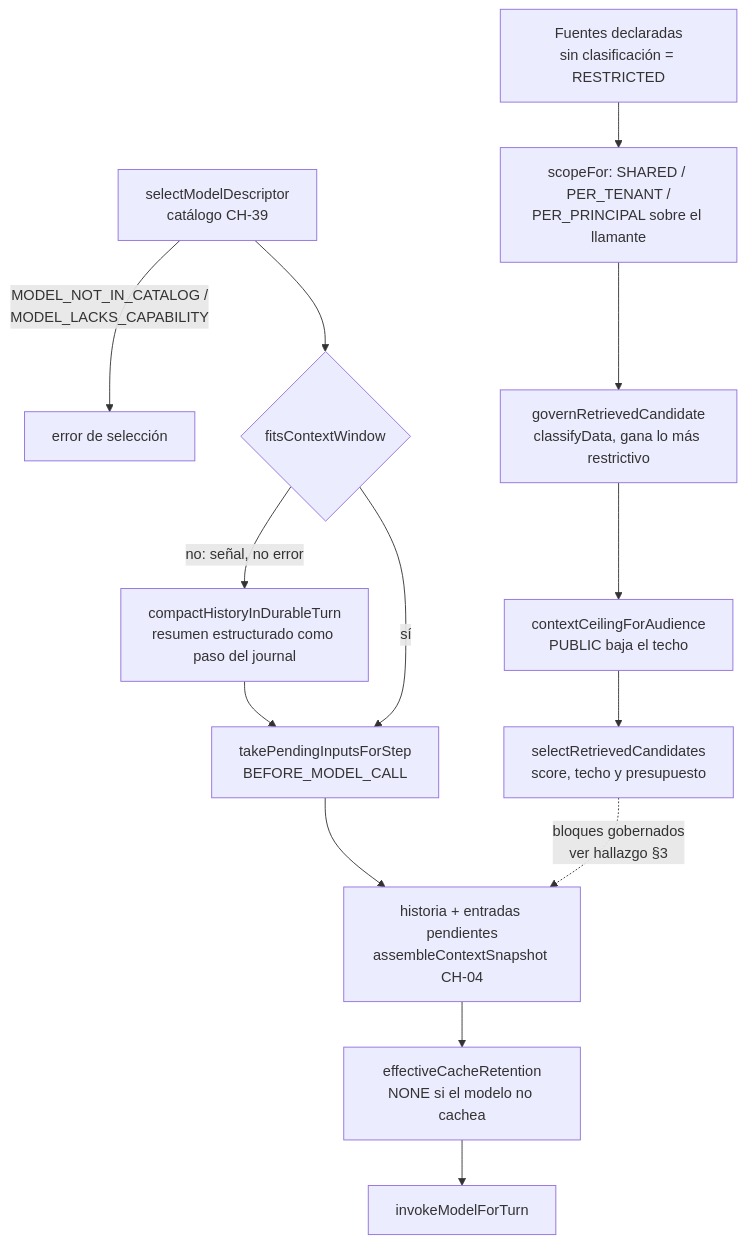
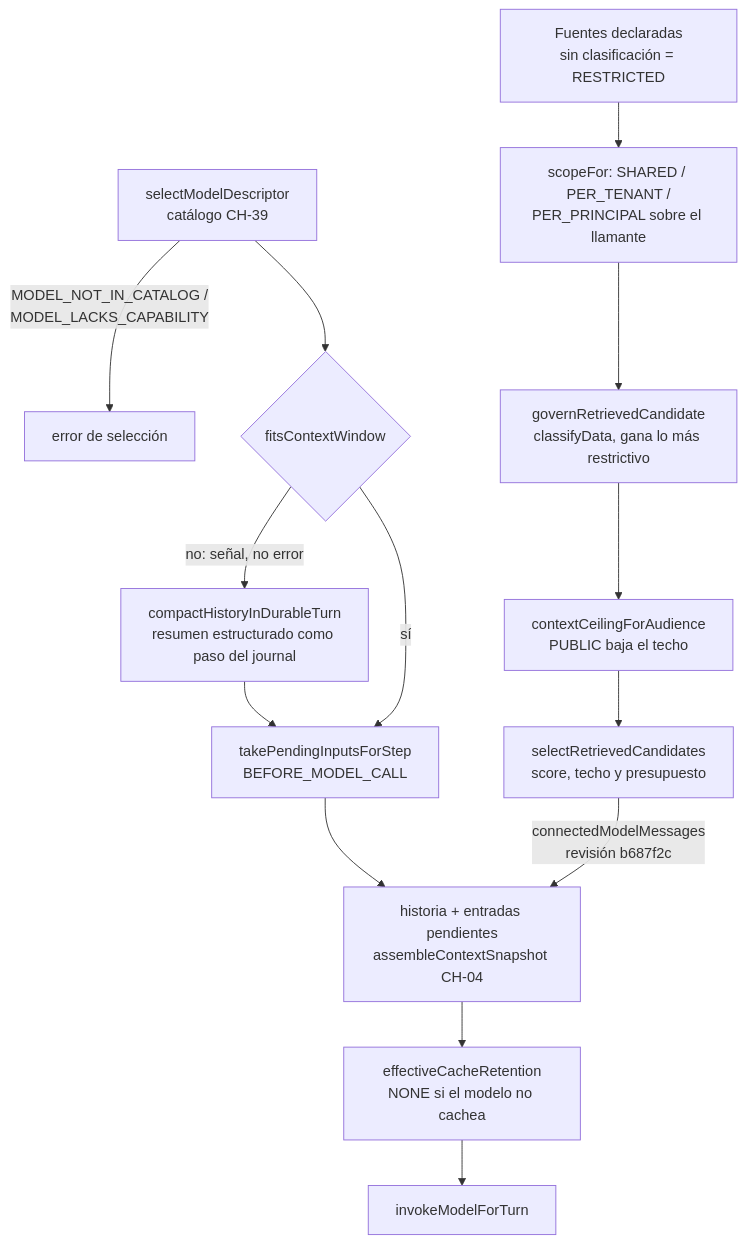
Before and after one commit to aaramirez/arnes-ai: the seventh of 8 diagrams in docs/diagramas/book-harness/BH-Arquitectura-y-Flujos.md, drawn with Mermaid. The commit also changed other lines of this file and 12 other files, not shown here.

````diff
--- a/docs/diagramas/book-harness/BH-Arquitectura-y-Flujos.md
+++ b/docs/diagramas/book-harness/BH-Arquitectura-y-Flujos.md
@@ -326,16 +326,16 @@
 ```mermaid
 flowchart TD
   M["selectModelDescriptor<br/>catálogo CH-39"] -- "MODEL_NOT_IN_CATALOG /<br/>MODEL_LACKS_CAPABILITY" --> MF["error de selección"]
   M --> FIT{"fitsContextWindow"}
   FIT -- "no: señal, no error" --> CMP["compactHistoryInDurableTurn<br/>resumen estructurado como paso del journal"]
   CMP --> PI
   FIT -- "sí" --> PI["takePendingInputsForStep<br/>BEFORE_MODEL_CALL"]
   SRC["Fuentes declaradas<br/>sin clasificación = RESTRICTED"] --> SC["scopeFor: SHARED / PER_TENANT /<br/>PER_PRINCIPAL sobre el llamante"]
   SC --> GOVR["governRetrievedCandidate<br/>classifyData, gana lo más restrictivo"]
   GOVR --> CEIL["contextCeilingForAudience<br/>PUBLIC baja el techo"]
   CEIL --> SEL["selectRetrievedCandidates<br/>score, techo y presupuesto"]
   PI --> SNAP["historia + entradas pendientes<br/>assembleContextSnapshot CH-04"]
-  SEL -. "bloques gobernados<br/>ver hallazgo §3" .-> SNAP
+  SEL -- "connectedModelMessages<br/>revisión b687f2c" --> SNAP
   SNAP --> CACHE["effectiveCacheRetention<br/>NONE si el modelo no cachea"]
   CACHE --> CALL["invokeModelForTurn"]
 ```
````
